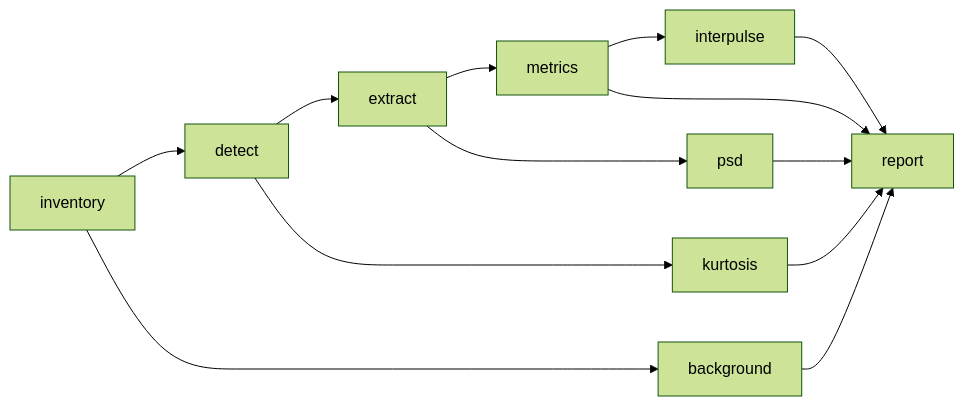
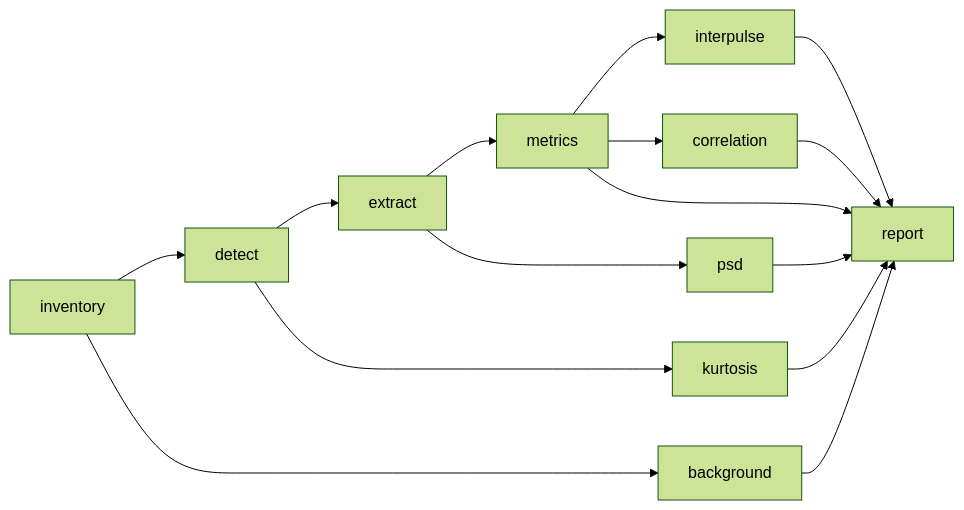
The diagram in README.md (NeptuneProjects/RODEO-II_Construction-Soundscape), drawn with Mermaid (forest theme) before and after one commit. The commit also changed other lines of this file and 10 other files, not shown here.

````diff
--- a/README.md
+++ b/README.md
@@ -25,13 +27,15 @@
 ```mermaid
 graph LR
    A[inventory] --> B[detect] --> C[extract] --> D[metrics]
    C --> E[psd]
    A --> F[background]
    B --> H[kurtosis]
    D --> I[interpulse]
+   D --> J[correlation]
    D --> G[report]
    E --> G
    F --> G
    H --> G
    I --> G
+   J --> G
 ```
````
